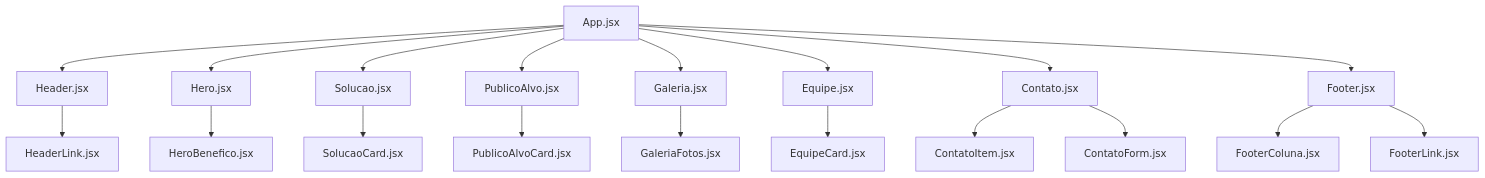
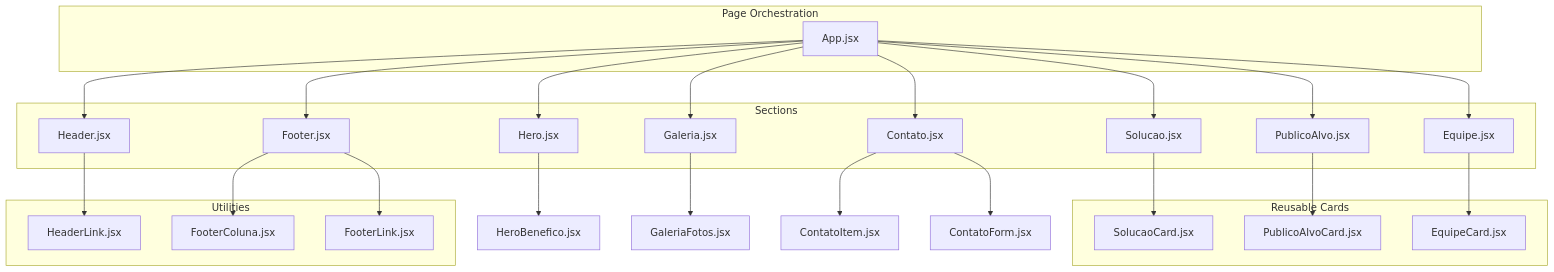
One commit to isadorabassoasseiro-boop/OptiCode changed the second of 12 diagrams in .qoder/repowiki/en/content/Component Architecture/Component Architecture.md. Above: the diagram before and after it, drawn with Mermaid. The commit also changed other lines of this file and 35 other files, not shown here.

````diff
--- a/.qoder/repowiki/en/content/Component Architecture/Component Architecture.md
+++ b/.qoder/repowiki/en/content/Component Architecture/Component Architecture.md
@@ -47,21 +96,44 @@
 ```mermaid
 graph TB
-App["App.jsx"] --> Header["Header.jsx"]
-App --> Hero["Hero.jsx"]
-App --> Solucao["Solucao.jsx"]
-App --> PublicoAlvo["PublicoAlvo.jsx"]
-App --> Galeria["Galeria.jsx"]
-App --> Equipe["Equipe.jsx"]
-App --> Contato["Contato.jsx"]
-App --> Footer["Footer.jsx"]
-Header --> HeaderLink["HeaderLink.jsx"]
-Hero --> HeroBenefico["HeroBenefico.jsx"]
-Solucao --> SolucaoCard["SolucaoCard.jsx"]
-PublicoAlvo --> PublicoAlvoCard["PublicoAlvoCard.jsx"]
-Galeria --> GaleriaFotos["GaleriaFotos.jsx"]
-Equipe --> EquipeCard["EquipeCard.jsx"]
-Contato --> ContatoItem["ContatoItem.jsx"]
-Contato --> ContatoForm["ContatoForm.jsx"]
-Footer --> FooterColuna["FooterColuna.jsx"]
-Footer --> FooterLink["FooterLink.jsx"]
+subgraph "Page Orchestration"
+A["App.jsx"]
+end
+subgraph "Sections"
+H["Header.jsx"]
+HE["Hero.jsx"]
+S["Solucao.jsx"]
+P["PublicoAlvo.jsx"]
+G["Galeria.jsx"]
+E["Equipe.jsx"]
+C["Contato.jsx"]
+F["Footer.jsx"]
+end
+subgraph "Reusable Cards"
+SC["SolucaoCard.jsx"]
+PAC["PublicoAlvoCard.jsx"]
+EC["EquipeCard.jsx"]
+end
+subgraph "Utilities"
+HL["HeaderLink.jsx"]
+FC["FooterColuna.jsx"]
+FL["FooterLink.jsx"]
+end
+A --> H
+A --> HE
+A --> S
+A --> P
+A --> G
+A --> E
+A --> C
+A --> F
+H --> HL
+HE --> HEB["HeroBenefico.jsx"]
+S --> SC
+P --> PAC
+G --> GF["GaleriaFotos.jsx"]
+E --> EC
+C --> CI["ContatoItem.jsx"]
+C --> CF["ContatoForm.jsx"]
+F --> FC
+F --> FL
 ```
````
